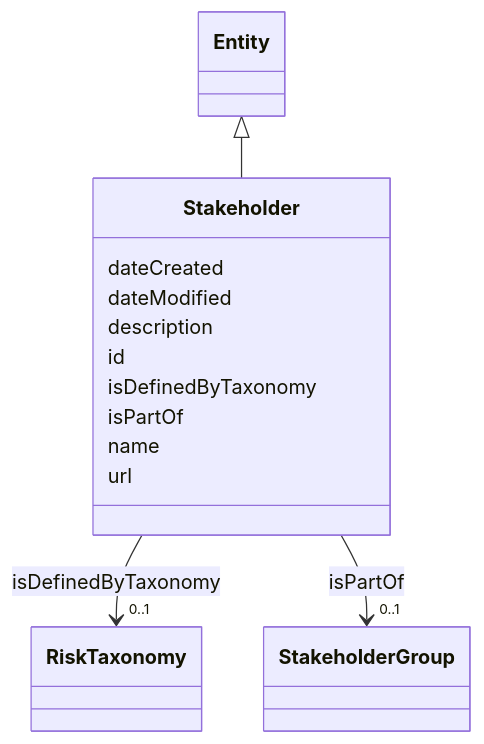
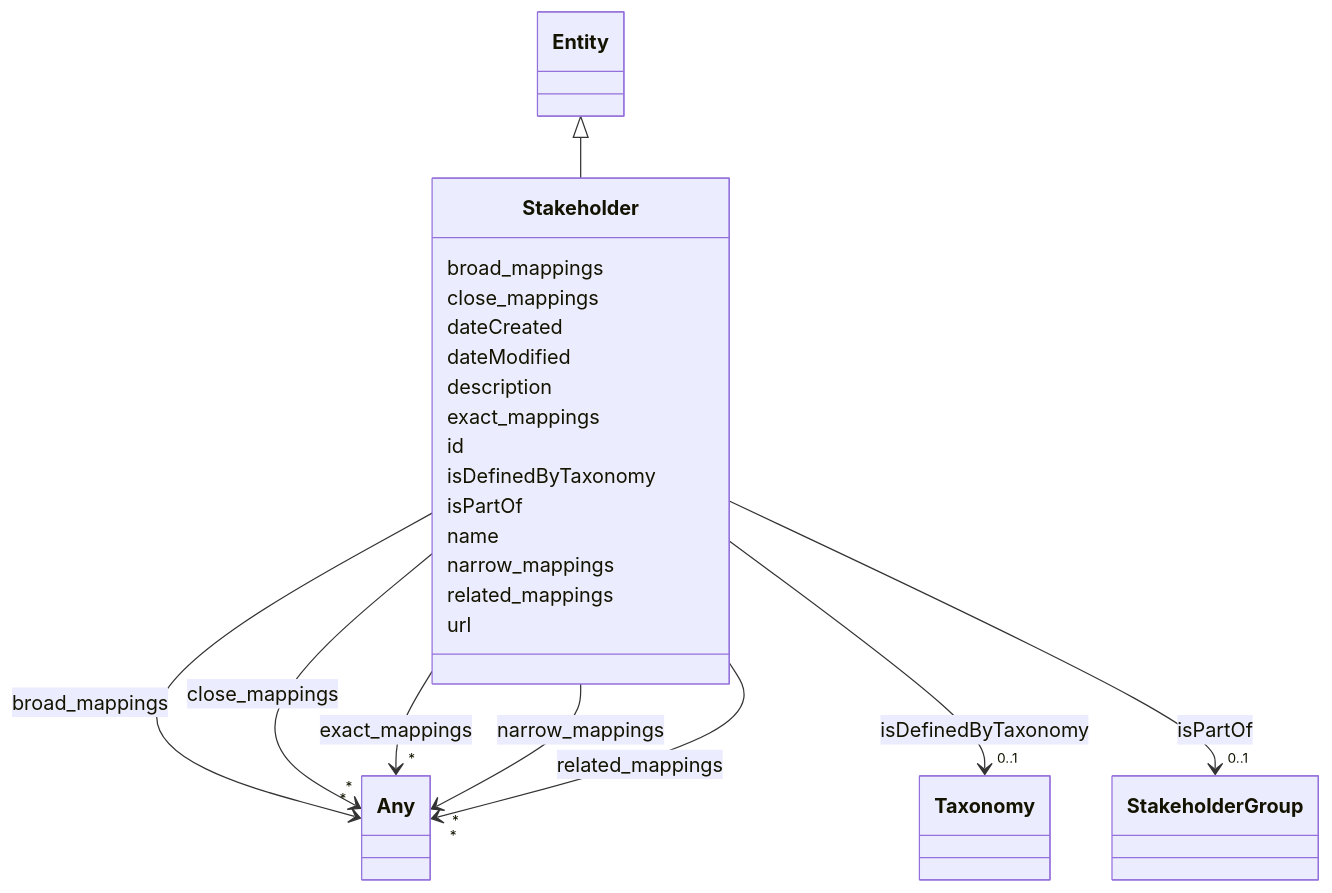
The diagram in docs/ontology/Stakeholder.md (ingelise/risk-atlas-nexus), drawn with Mermaid before and after one commit. The commit also changed other lines of this file and 180 other files, not shown here.

```diff
--- a/docs/ontology/Stakeholder.md
+++ b/docs/ontology/Stakeholder.md
@@ -22,11 +22,44 @@
       Entity <|-- Stakeholder
         click Entity href "../Entity/"
 
+      Stakeholder : broad_mappings
+
+
+
+
+
+        Stakeholder --> "*" Any : broad_mappings
+        click Any href "../Any/"
+
+
+
+      Stakeholder : close_mappings
+
+
+
+
+
+        Stakeholder --> "*" Any : close_mappings
+        click Any href "../Any/"
+
+
+
       Stakeholder : dateCreated
 
       Stakeholder : dateModified
 
       Stakeholder : description
+
+      Stakeholder : exact_mappings
+
+
+
+
+
+        Stakeholder --> "*" Any : exact_mappings
+        click Any href "../Any/"
+
+
 
       Stakeholder : id
 
@@ -36,8 +69,8 @@
 
 
 
-        Stakeholder --> "0..1" RiskTaxonomy : isDefinedByTaxonomy
-        click RiskTaxonomy href "../RiskTaxonomy/"
+        Stakeholder --> "0..1" Taxonomy : isDefinedByTaxonomy
+        click Taxonomy href "../Taxonomy/"
 
 
 
@@ -54,6 +87,28 @@
 
       Stakeholder : name
 
+      Stakeholder : narrow_mappings
+
+
+
+
+
+        Stakeholder --> "*" Any : narrow_mappings
+        click Any href "../Any/"
+
+
+
+      Stakeholder : related_mappings
+
+
+
+
+
+        Stakeholder --> "*" Any : related_mappings
+        click Any href "../Any/"
+
+
+
       Stakeholder : url
 
 
```
